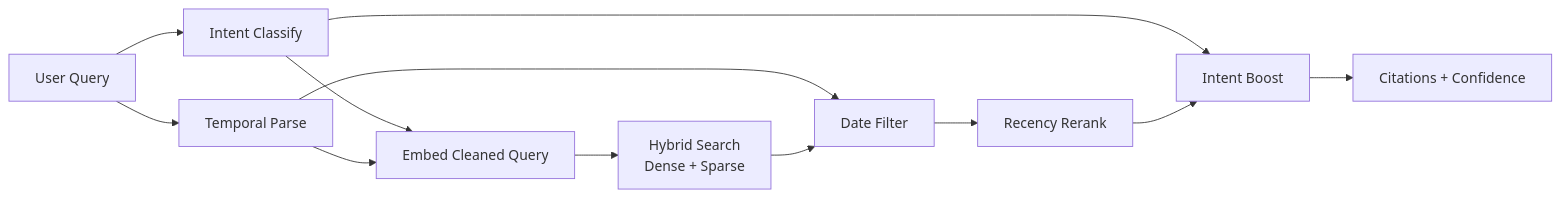
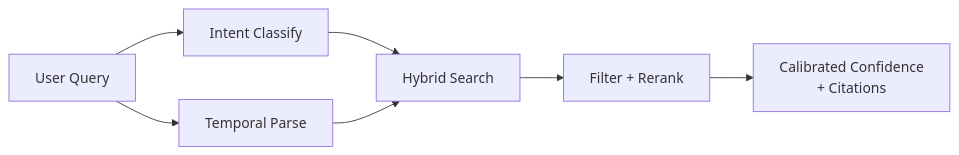
Before and after one commit to osisdie/osisdie.github.io: the diagram in _posts/2026/2026-04-18-rag-ingestion-lessons-learned.md, drawn with Mermaid. The commit also changed other lines of this file, not shown here.

Commit message:
fix: simplify 整體架構 mermaid diagram from 8 to 5 columns
The previous diagram had 9 nodes with merging paths requiring 8
horizontal levels, rendering text too small at blog width. Collapsed
intermediate Embed / Date Filter / Recency Rerank / Intent Boost
nodes into consolidated Hybrid Search and Filter + Rerank stages,
giving 6 nodes in 5 columns with a max depth of 4.

Added a prose note below the diagram to preserve the information
about parallel execution and how Intent / Temporal contribute to
each subsequent stage.

````diff
--- a/_posts/2026/2026-04-18-rag-ingestion-lessons-learned.md
+++ b/_posts/2026/2026-04-18-rag-ingestion-lessons-learned.md
@@ -38,14 +38,9 @@
 ```mermaid
 graph LR
     Q[User Query] --> I[Intent Classify]
     Q --> T[Temporal Parse]
-    I --> E[Embed Cleaned Query]
-    T --> E
-    E --> H[Hybrid Search<br/>Dense + Sparse]
-    T --> F[Date Filter]
-    H --> F
-    F --> R[Recency Rerank]
-    I --> B[Intent Boost]
-    R --> B
-    B --> C["Citations + Confidence"]
+    I --> H[Hybrid Search]
+    T --> H
+    H --> R[Filter + Rerank]
+    R --> C["Calibrated Confidence<br/>+ Citations"]
 ```
````
